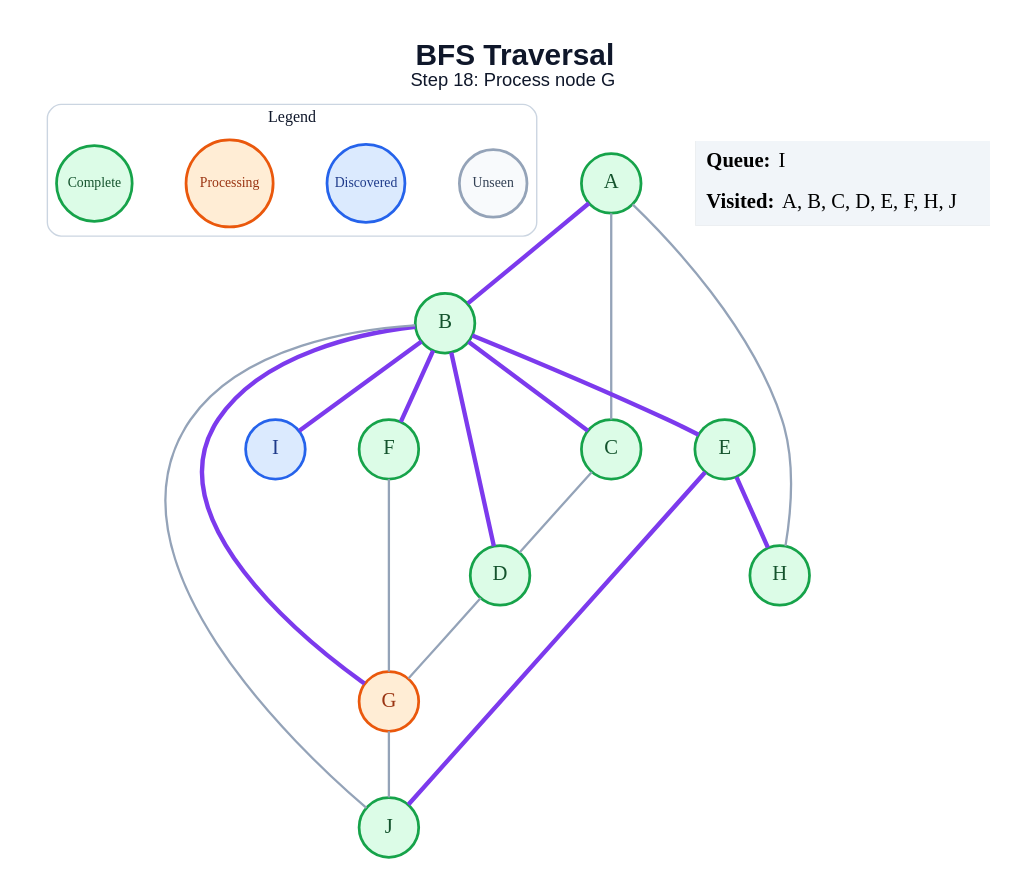
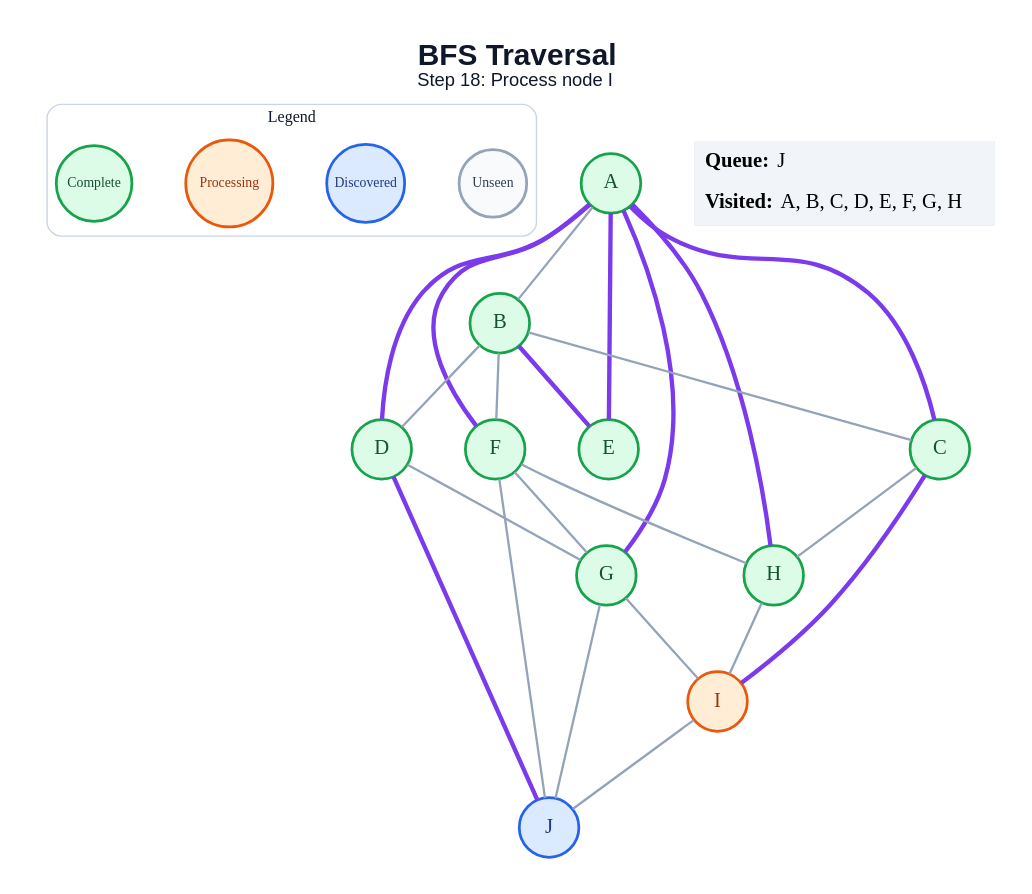
Before and after one commit to amanghodawala9/ai-slop: the diagram in generated/specific-node/bfs/step_18.dot, drawn with Graphviz. The commit also changed 178 other files, not shown here.

```diff
--- a/generated/specific-node/bfs/step_18.dot
+++ b/generated/specific-node/bfs/step_18.dot
@@ -1,45 +1,51 @@
 graph traversal {
   graph [layout=dot, rankdir=TB, bgcolor="#FFFFFF", pad="0.35", nodesep="0.65", ranksep="0.8", fontname="Arial"];
   node [shape=circle, style="filled", fontname="Arial Bold", fontsize=18, width=0.72, fixedsize=true, penwidth=2.4];
   edge [color="#94A3B8", penwidth=2.0];
-  label=<<B>BFS Traversal</B><BR/><FONT POINT-SIZE="16">Step 18: Process node G</FONT>>; labelloc="t"; fontsize=26; fontname="Arial"; fontcolor="#0F172A";
+  label=<<B>BFS Traversal</B><BR/><FONT POINT-SIZE="16">Step 18: Process node I</FONT>>; labelloc="t"; fontsize=26; fontname="Arial"; fontcolor="#0F172A";
   subgraph cluster_legend { label="Legend"; color="#CBD5E1"; penwidth=1.2; style="rounded"; fontsize=14; fontname="Arial Bold";
     key_unseen [label="Unseen", fillcolor="#F8FAFC", color="#94A3B8", fontcolor="#334155", fontsize=12, width=0.82];
     key_frontier [label="Discovered", fillcolor="#DBEAFE", color="#2563EB", fontcolor="#1E3A8A", fontsize=12, width=0.95];
     key_current [label="Processing", fillcolor="#FFEDD5", color="#EA580C", fontcolor="#9A3412", fontsize=12, width=1.05];
     key_done [label="Complete", fillcolor="#DCFCE7", color="#16A34A", fontcolor="#14532D", fontsize=12, width=0.92];
     { rank=same; key_unseen; key_frontier; key_current; key_done; }
   }
   A [fillcolor="#DCFCE7", color="#16A34A", fontcolor="#14532D"];
   B [fillcolor="#DCFCE7", color="#16A34A", fontcolor="#14532D"];
   C [fillcolor="#DCFCE7", color="#16A34A", fontcolor="#14532D"];
   D [fillcolor="#DCFCE7", color="#16A34A", fontcolor="#14532D"];
   E [fillcolor="#DCFCE7", color="#16A34A", fontcolor="#14532D"];
   F [fillcolor="#DCFCE7", color="#16A34A", fontcolor="#14532D"];
-  G [fillcolor="#FFEDD5", color="#EA580C", fontcolor="#9A3412"];
+  G [fillcolor="#DCFCE7", color="#16A34A", fontcolor="#14532D"];
   H [fillcolor="#DCFCE7", color="#16A34A", fontcolor="#14532D"];
-  I [fillcolor="#DBEAFE", color="#2563EB", fontcolor="#1E3A8A"];
-  J [fillcolor="#DCFCE7", color="#16A34A", fontcolor="#14532D"];
-  A -- B [color="#7C3AED", penwidth=3.8];
-  A -- C;
-  A -- H;
-  B -- C [color="#7C3AED", penwidth=3.8];
-  B -- D [color="#7C3AED", penwidth=3.8];
+  I [fillcolor="#FFEDD5", color="#EA580C", fontcolor="#9A3412"];
+  J [fillcolor="#DBEAFE", color="#2563EB", fontcolor="#1E3A8A"];
+  A -- B;
+  A -- C [color="#7C3AED", penwidth=3.8];
+  A -- D [color="#7C3AED", penwidth=3.8];
+  A -- E [color="#7C3AED", penwidth=3.8];
+  A -- F [color="#7C3AED", penwidth=3.8];
+  A -- G [color="#7C3AED", penwidth=3.8];
+  A -- H [color="#7C3AED", penwidth=3.8];
+  B -- C;
+  B -- D;
   B -- E [color="#7C3AED", penwidth=3.8];
-  B -- F [color="#7C3AED", penwidth=3.8];
-  B -- G [color="#7C3AED", penwidth=3.8];
-  B -- I [color="#7C3AED", penwidth=3.8];
-  B -- J;
-  C -- D;
+  B -- F;
+  C -- H;
+  C -- I [color="#7C3AED", penwidth=3.8];
   D -- G;
-  E -- H [color="#7C3AED", penwidth=3.8];
-  E -- J [color="#7C3AED", penwidth=3.8];
+  D -- J [color="#7C3AED", penwidth=3.8];
   F -- G;
+  F -- H;
+  F -- J;
+  G -- I;
   G -- J;
+  H -- I;
+  I -- J;
   status [shape=plain, fixedsize=false, width=0, height=0, margin=0, label=<
     <TABLE BORDER="0" CELLBORDER="0" CELLPADDING="7" BGCOLOR="#F1F5F9">
-      <TR><TD ALIGN="LEFT"><B>Queue:</B> I</TD></TR>
-      <TR><TD ALIGN="LEFT"><B>Visited:</B> A, B, C, D, E, F, H, J</TD></TR>
+      <TR><TD ALIGN="LEFT"><B>Queue:</B> J</TD></TR>
+      <TR><TD ALIGN="LEFT"><B>Visited:</B> A, B, C, D, E, F, G, H</TD></TR>
     </TABLE>
   >];
 }
```
